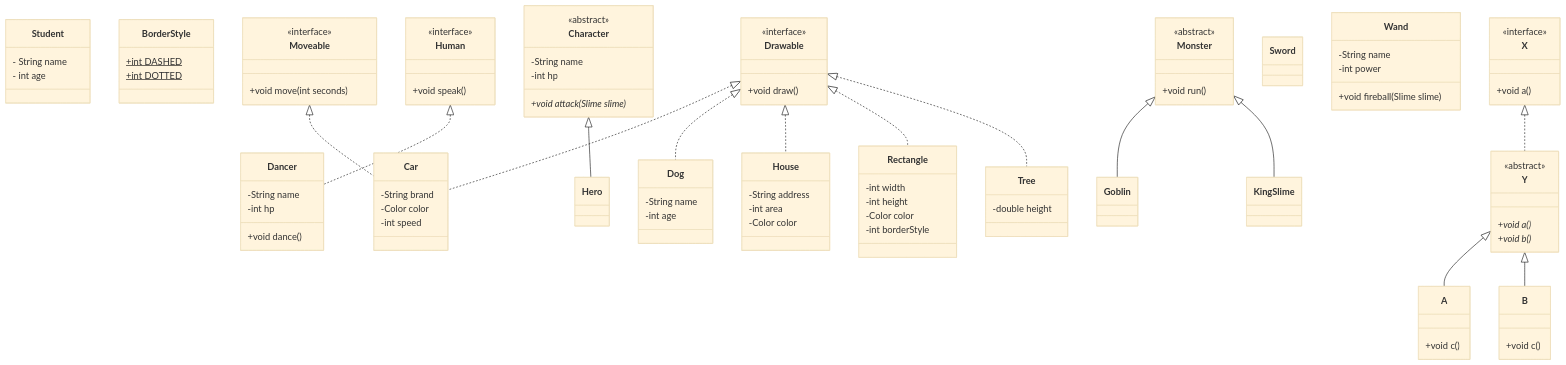
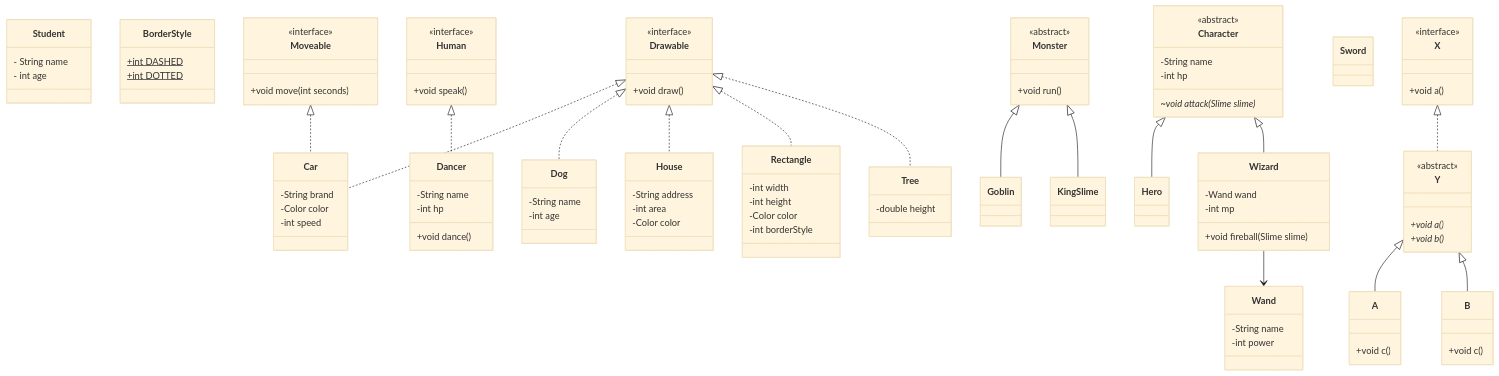
Before and after one commit to SurvivalCodingCampus/gangnam3-java-oop: the diagram in docs/2026-10-01.md, drawn with Mermaid (base theme). The commit also changed other lines of this file, not shown here.

```diff
--- a/docs/2026-10-01.md
+++ b/docs/2026-10-01.md
@@ -34,7 +34,7 @@
         <<abstract>>
         -String name
         -int hp
-        +void attack(Slime slime)*
+        ~void attack(Slime slime)*
     }
 
     class Dancer {
@@ -92,10 +92,16 @@
         -double height
     }
 
+    class Wizard {
+        -Wand wand
+        -int mp
+
+        +void fireball(Slime slime)
+    }
+
     class Wand {
         -String name
         -int power
-        +void fireball(Slime slime)
     }
 
     class A {
@@ -132,6 +138,9 @@
     Monster <|-- KingSlime
 
     Character <|-- Hero
+    Character <|-- Wizard
+
+    Wizard --> Wand
 
     Y <|-- A
     Y <|-- B
```
